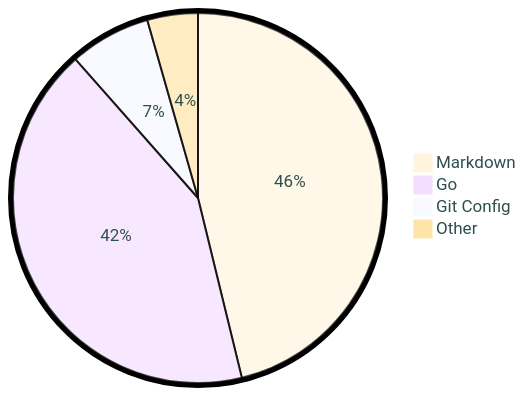
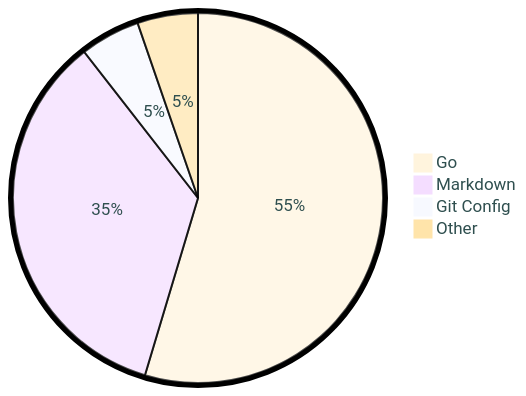
The diagram in README.md (tot0p/tot0p), drawn with Mermaid before and after one commit. The commit also changed other lines of this file, not shown here.

````diff
--- a/README.md
+++ b/README.md
@@ -119,8 +123,8 @@
 ```mermaid
 %%{init: {"pie": {"textPosition": 0.5}, "themeVariables": {"pieOuterStrokeWidth": "5px","primaryTextColor" : "#2F4F4F"},"theme":"base"} }%%
 pie
-	"Markdown": 46.19
-	"Go": 42.3
-	"Git Config": 7.09
-	"Other": 4.42
+	"Go": 54.63
+	"Markdown": 34.84
+	"Git Config": 5.24
+	"Other": 5.29
 ```
````
